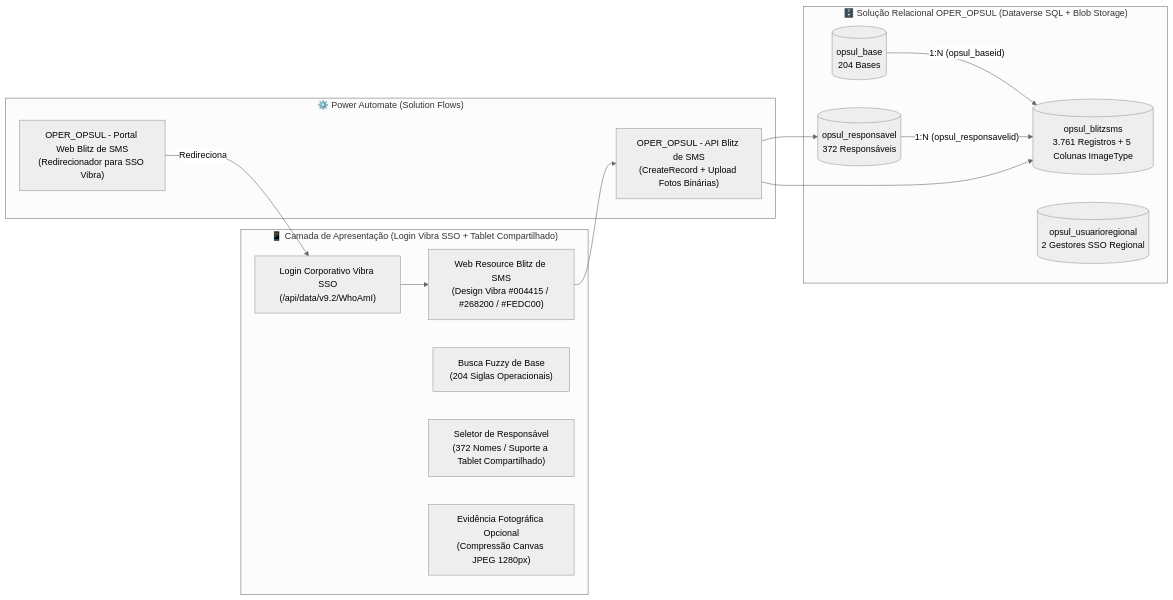
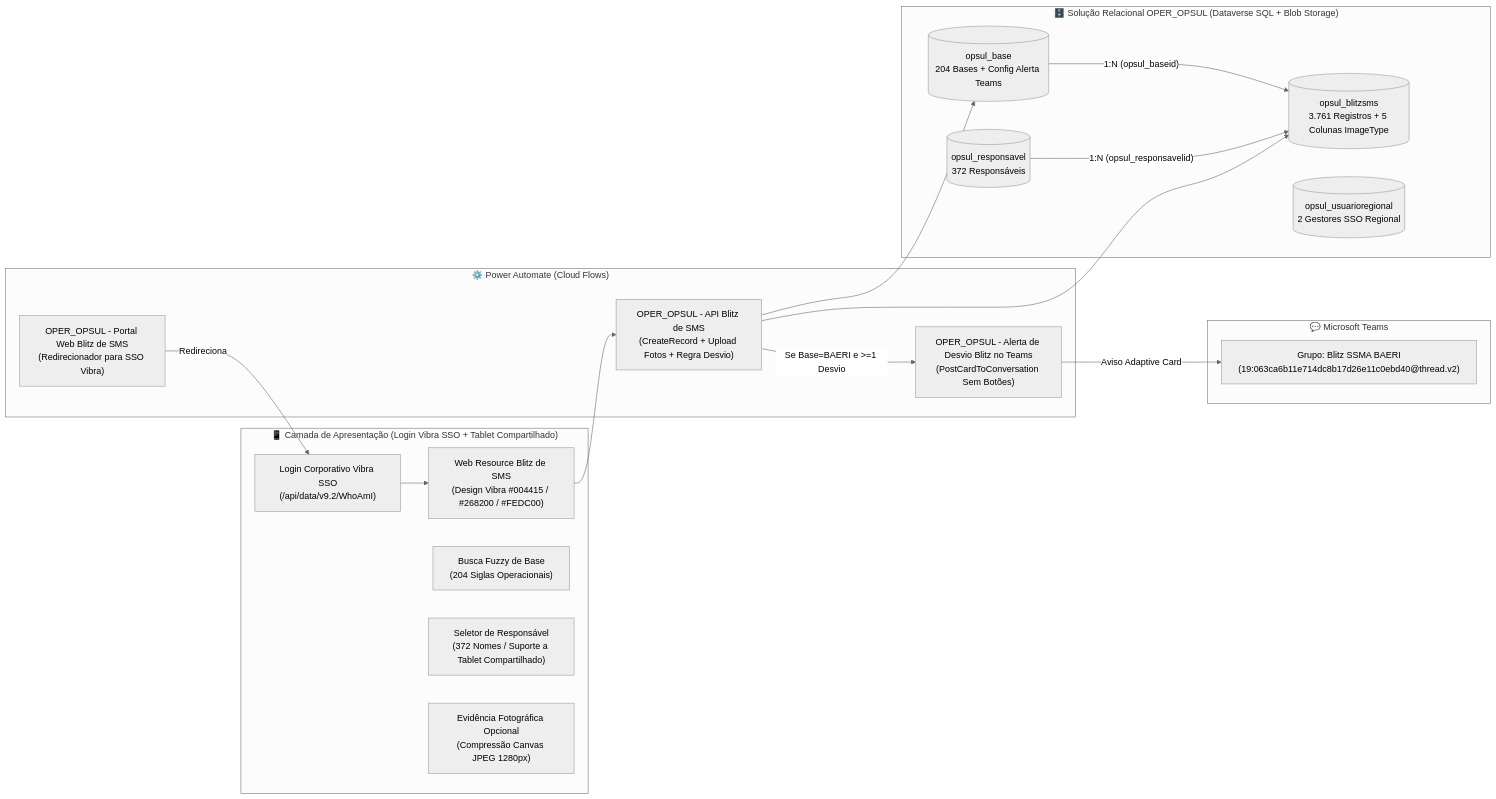
One commit to CRISTIANCARLOS/vibra-oper-opsul-blitz-sms changed the diagram in README.md. Above: the diagram before and after it, drawn with Mermaid (neutral theme). The commit also changed other lines of this file and 15 other files, not shown here.

Commit message:
feat(teams): alerta automatico de desvio na BAERI para o grupo Blitz SSMA BAERI (v1.4.0)

````diff
--- a/README.md
+++ b/README.md
@@ -16,41 +17,50 @@
 ```mermaid
 flowchart LR
     subgraph Frontend["📱 Camada de Apresentação (Login Vibra SSO + Tablet Compartilhado)"]
         SSO["Login Corporativo Vibra SSO
 (/api/data/v9.2/WhoAmI)"]
         APP["Web Resource Blitz de SMS
 (Design Vibra #004415 / #268200 / #FEDC00)"]
         FZ["Busca Fuzzy de Base
 (204 Siglas Operacionais)"]
         RESP_MEM["Seletor de Responsável
 (372 Nomes / Suporte a Tablet Compartilhado)"]
         FOTO["Evidência Fotográfica Opcional
 (Compressão Canvas JPEG 1280px)"]
     end
 
-    subgraph PA["⚙️ Power Automate (Solution Flows)"]
+    subgraph PA["⚙️ Power Automate (Cloud Flows)"]
         F_PORTAL["OPER_OPSUL - Portal Web Blitz de SMS
 (Redirecionador para SSO Vibra)"]
         F_API["OPER_OPSUL - API Blitz de SMS
-(CreateRecord + Upload Fotos Binárias)"]
+(CreateRecord + Upload Fotos + Regra Desvio)"]
+        F_TEAMS["OPER_OPSUL - Alerta de Desvio Blitz no Teams
+(PostCardToConversation Sem Botões)"]
+    end
+
+    subgraph TEAMS["💬 Microsoft Teams"]
+        GRP_BAERI["Grupo: Blitz SSMA BAERI
+(19:063ca6b11e714dc8b17d26e11c0ebd40@thread.v2)"]
     end
 
     subgraph DV["🗄️ Solução Relacional OPER_OPSUL (Dataverse SQL + Blob Storage)"]
         T_BLITZ[("opsul_blitzsms
 3.761 Registros + 5 Colunas ImageType")]
         T_BASE[("opsul_base
-204 Bases")]
+204 Bases + Config Alerta Teams")]
         T_RESP[("opsul_responsavel
 372 Responsáveis")]
         T_REG[("opsul_usuarioregional
 2 Gestores SSO Regional")]
         T_BASE -->|"1:N (opsul_baseid)"| T_BLITZ
         T_RESP -->|"1:N (opsul_responsavelid)"| T_BLITZ
     end
 
     F_PORTAL -->|"Redireciona"| SSO
     SSO --> APP
     APP --> F_API
     F_API --> T_BLITZ
-    F_API --> T_RESP
+    F_API --> T_BASE
+    F_API -->|"Se Base=BAERI e >=1 Desvio"| F_TEAMS
+    F_TEAMS -->|"Aviso Adaptive Card"| GRP_BAERI
 ```
````
